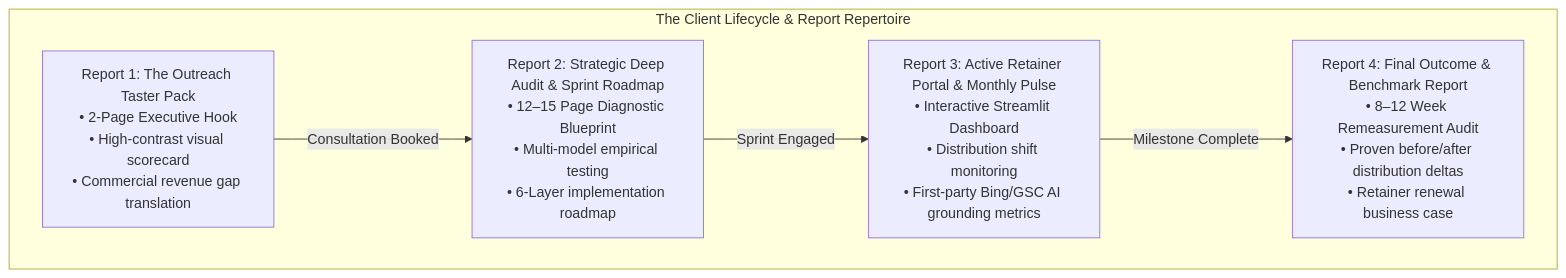
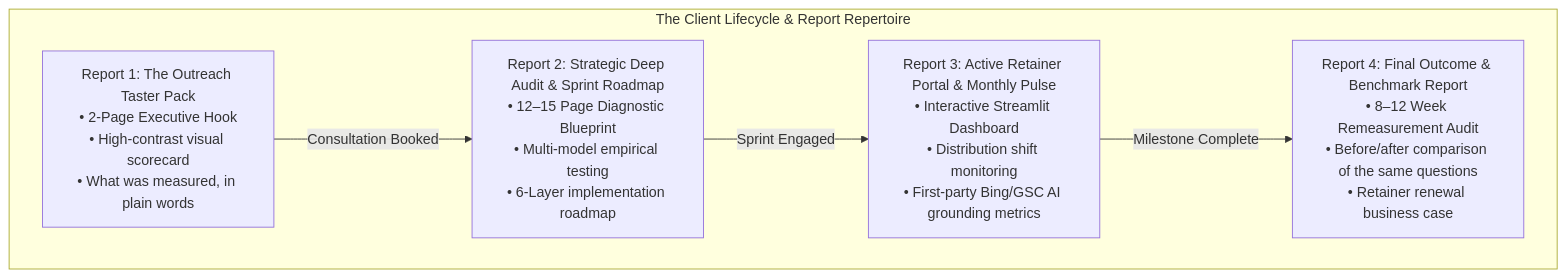
Before and after one commit to rpowell8519-cpu/local-ai-discoverability: the third of 4 diagrams in reports/1. Comprehensive_Local_AI_Visibility_Operating_Model.md, drawn with Mermaid. The commit also changed other lines of this file and 3 other files, not shown here.

````diff
--- a/reports/1. Comprehensive_Local_AI_Visibility_Operating_Model.md
+++ b/reports/1. Comprehensive_Local_AI_Visibility_Operating_Model.md
@@ -161,12 +163,12 @@
 ```mermaid
 flowchart TD
     subgraph Funnel["The Client Lifecycle & Report Repertoire"]
-        R1["Report 1: The Outreach Taster Pack<br/>• 2-Page Executive Hook<br/>• High-contrast visual scorecard<br/>• Commercial revenue gap translation"]
+        R1["Report 1: The Outreach Taster Pack<br/>• 2-Page Executive Hook<br/>• High-contrast visual scorecard<br/>• What was measured, in plain words"]
         R2["Report 2: Strategic Deep Audit & Sprint Roadmap<br/>• 12–15 Page Diagnostic Blueprint<br/>• Multi-model empirical testing<br/>• 6-Layer implementation roadmap"]
         R3["Report 3: Active Retainer Portal & Monthly Pulse<br/>• Interactive Streamlit Dashboard<br/>• Distribution shift monitoring<br/>• First-party Bing/GSC AI grounding metrics"]
-        R4["Report 4: Final Outcome & Benchmark Report<br/>• 8–12 Week Remeasurement Audit<br/>• Proven before/after distribution deltas<br/>• Retainer renewal business case"]
+        R4["Report 4: Final Outcome & Benchmark Report<br/>• 8–12 Week Remeasurement Audit<br/>• Before/after comparison of the same questions<br/>• Retainer renewal business case"]
     end
     R1 -->|Consultation Booked| R2
     R2 -->|Sprint Engaged| R3
     R3 -->|Milestone Complete| R4
 ```
````
